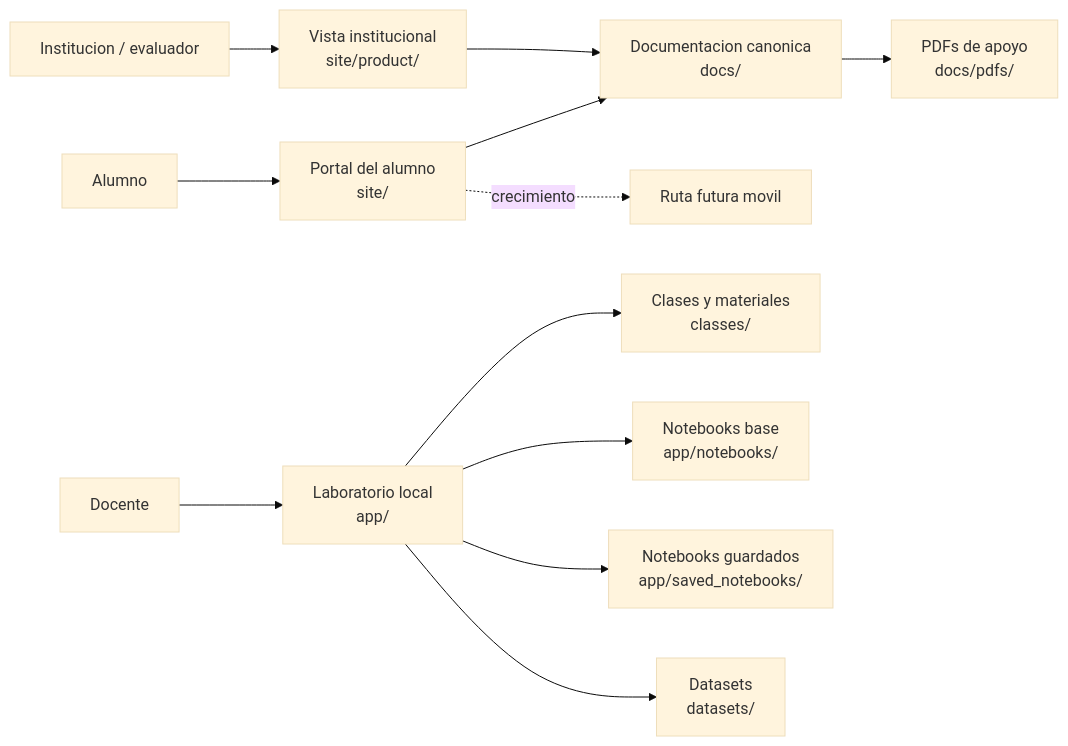
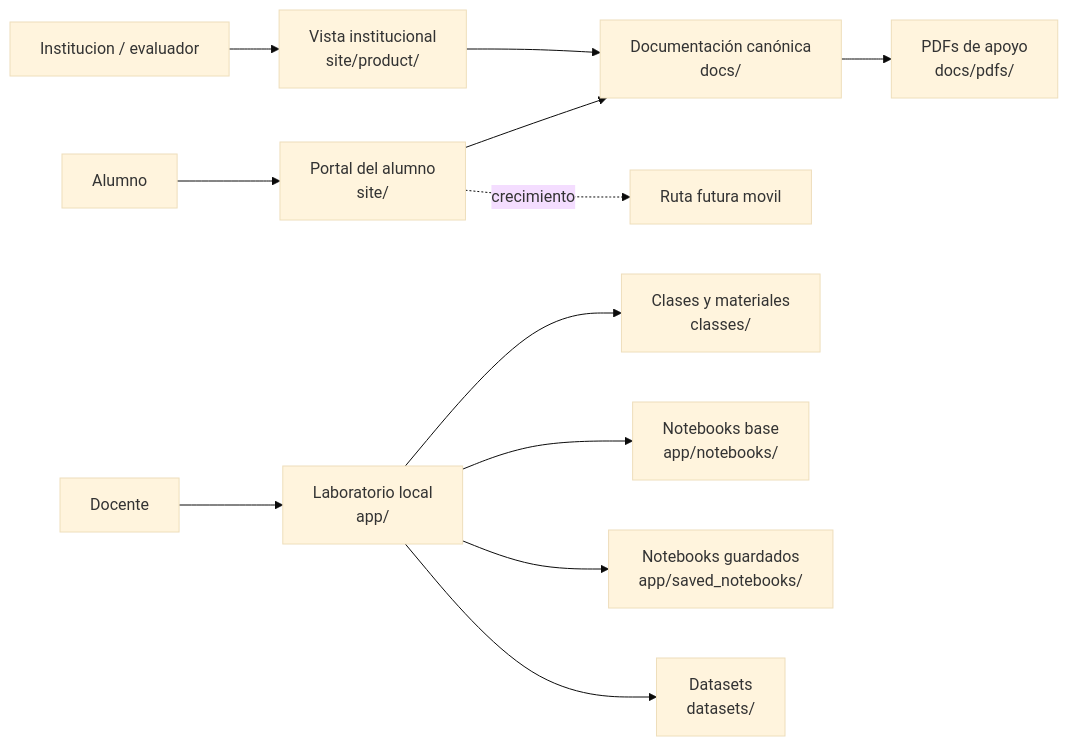
One commit to vladimiracunadev-create/python-data-science-bootcamp changed the first of 3 diagrams in docs/ARQUITECTURA_PRODUCTO.md. Above: the diagram before and after it, drawn with Mermaid (base theme). The commit also changed other lines of this file and 123 other files, not shown here.

````diff
--- a/docs/ARQUITECTURA_PRODUCTO.md
+++ b/docs/ARQUITECTURA_PRODUCTO.md
@@ -15,16 +15,16 @@
 ```mermaid
 graph LR
-INST["Institucion / evaluador"] --> PRODUCT["Vista institucional<br/>site/product/"]
-ALUM["Alumno"] --> PORTAL["Portal del alumno<br/>site/"]
-DOC["Docente"] --> LAB["Laboratorio local<br/>app/"]
+    INST["Institucion / evaluador"] --> PRODUCT["Vista institucional<br/>site/product/"]
+    ALUM["Alumno"] --> PORTAL["Portal del alumno<br/>site/"]
+    DOC["Docente"] --> LAB["Laboratorio local<br/>app/"]
 
-PRODUCT --> DOCS["Documentacion canonica<br/>docs/"]
-PORTAL --> DOCS
-LAB --> CONTENT["Clases y materiales<br/>classes/"]
-LAB --> NOTEBOOKS["Notebooks base<br/>app/notebooks/"]
-LAB --> SAVED["Notebooks guardados<br/>app/saved_notebooks/"]
-LAB --> DATA["Datasets<br/>datasets/"]
+    PRODUCT --> DOCS["Documentación canónica<br/>docs/"]
+    PORTAL --> DOCS
+    LAB --> CONTENT["Clases y materiales<br/>classes/"]
+    LAB --> NOTEBOOKS["Notebooks base<br/>app/notebooks/"]
+    LAB --> SAVED["Notebooks guardados<br/>app/saved_notebooks/"]
+    LAB --> DATA["Datasets<br/>datasets/"]
 
-DOCS --> PDFS["PDFs de apoyo<br/>docs/pdfs/"]
-PORTAL -. crecimiento .-> MOBILE["Ruta futura movil"]
+    DOCS --> PDFS["PDFs de apoyo<br/>docs/pdfs/"]
+    PORTAL -. crecimiento .-> MOBILE["Ruta futura movil"]
 ```
````
